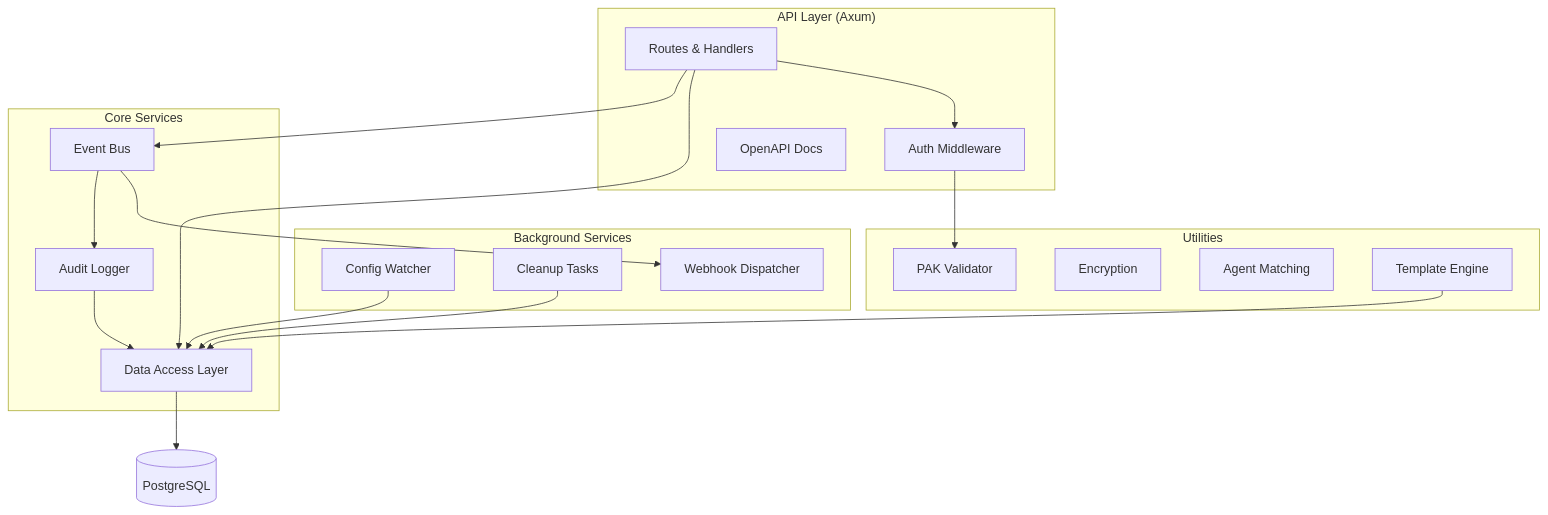
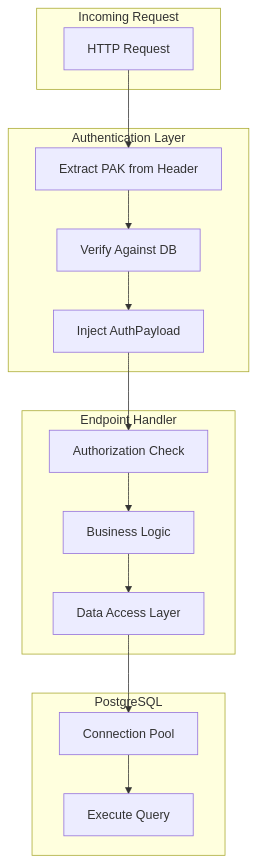
One commit to colliery-io/brokkr changed the first of 4 diagrams in docs/content/explanation/architecture.md. Above: the diagram before and after it, drawn with Mermaid. The commit also changed other lines of this file and 28 other files, not shown here.

```diff
--- a/docs/content/explanation/architecture.md
+++ b/docs/content/explanation/architecture.md
@@ -59,41 +38,32 @@
 {{< mermaid >}}
 flowchart TB
-    subgraph API["API Layer (Axum)"]
-        Routes[Routes & Handlers]
-        Middleware[Auth Middleware]
-        OpenAPI[OpenAPI Docs]
+    subgraph Request["Incoming Request"]
+        HTTP[HTTP Request]
     end
 
-    subgraph Core["Core Services"]
-        DAL[Data Access Layer]
-        EventBus[Event Bus]
-        AuditLog[Audit Logger]
+    subgraph Middleware["Authentication Layer"]
+        Extract[Extract PAK from Header]
+        Verify[Verify Against DB]
+        Inject[Inject AuthPayload]
     end
 
-    subgraph Background["Background Services"]
-        ConfigWatch[Config Watcher]
-        Cleanup[Cleanup Tasks]
-        WebhookDispatch[Webhook Dispatcher]
+    subgraph Handler["Endpoint Handler"]
+        AuthZ[Authorization Check]
+        Logic[Business Logic]
+        DAL[Data Access Layer]
     end
 
-    subgraph Utils["Utilities"]
-        PAK[PAK Validator]
-        Encryption[Encryption]
-        Matching[Agent Matching]
-        Templating[Template Engine]
+    subgraph Database["PostgreSQL"]
+        Pool[Connection Pool]
+        Query[Execute Query]
     end
 
-    DB[(PostgreSQL)]
-
-    Routes --> Middleware
-    Middleware --> PAK
-    Routes --> DAL
-    Routes --> EventBus
-    DAL --> DB
-    EventBus --> WebhookDispatch
-    EventBus --> AuditLog
-    AuditLog --> DAL
-    ConfigWatch --> DAL
-    Cleanup --> DAL
-    Templating --> DAL
+    HTTP --> Extract
+    Extract --> Verify
+    Verify --> Inject
+    Inject --> AuthZ
+    AuthZ --> Logic
+    Logic --> DAL
+    DAL --> Pool
+    Pool --> Query
 {{< /mermaid >}}
```
